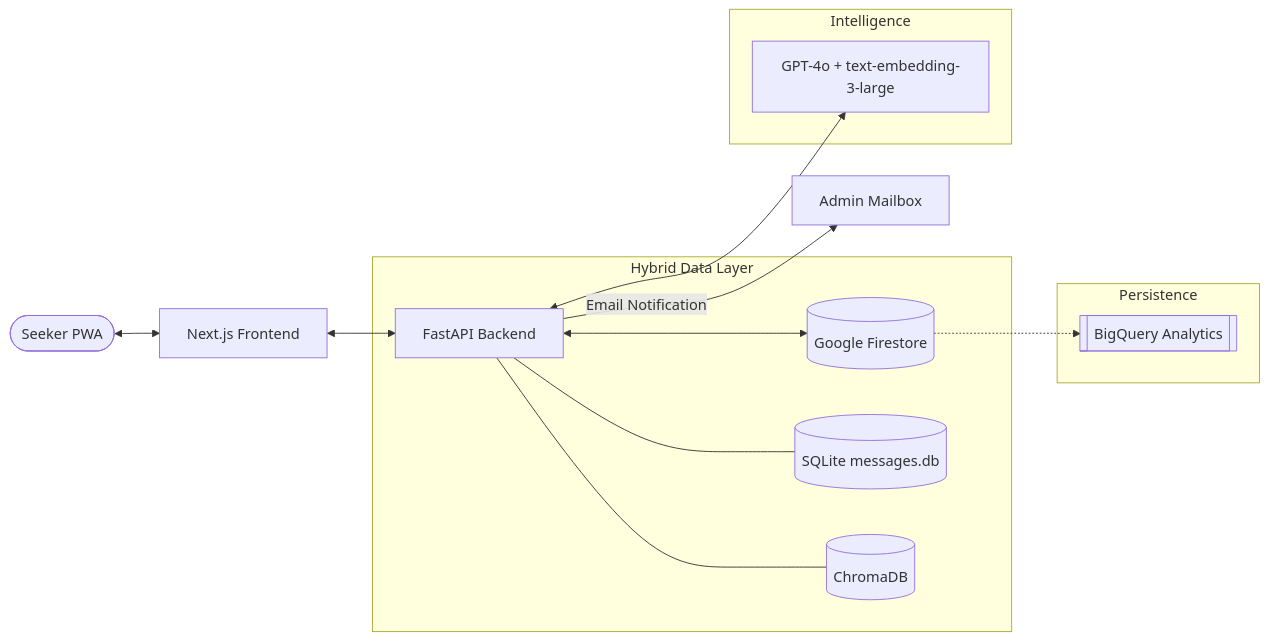
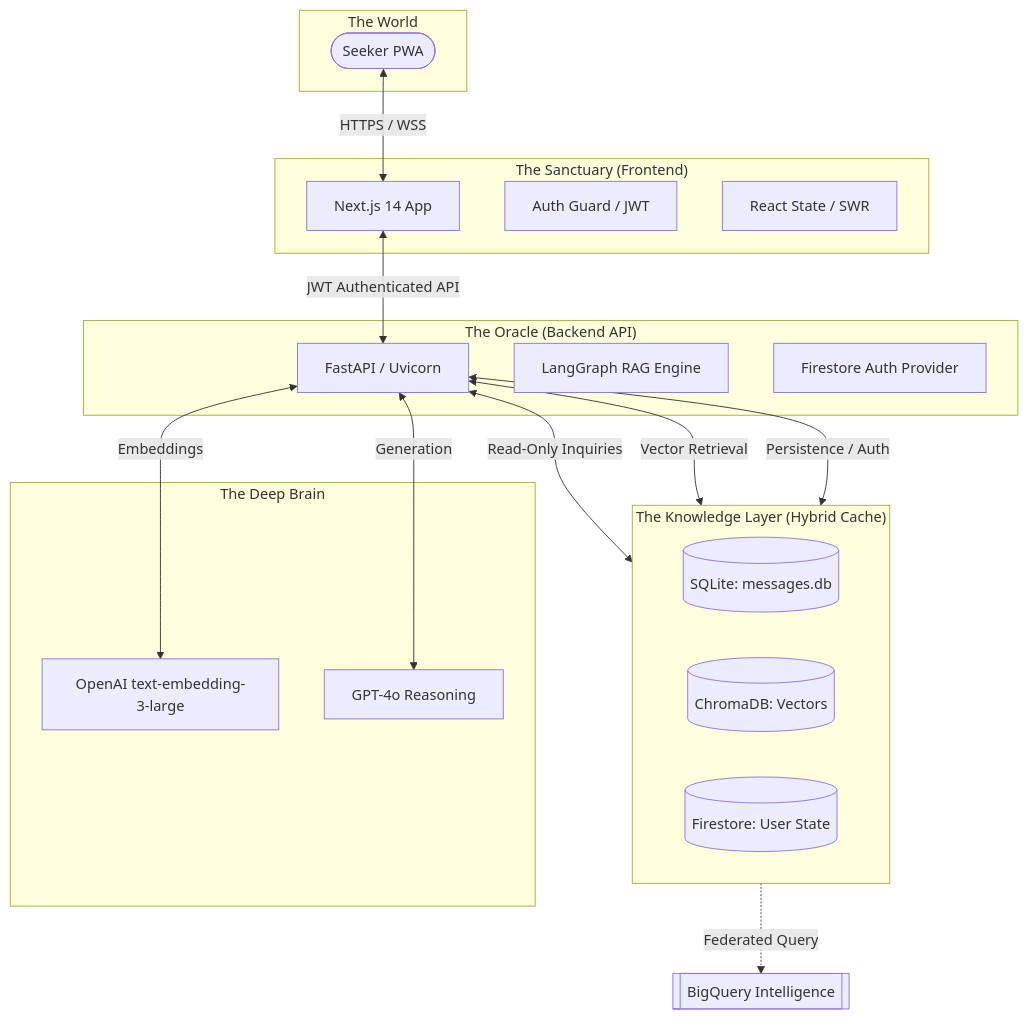
Before and after one commit to vaibhavd030/Heart_speaks: the diagram in README.md, drawn with Mermaid. The commit also changed other lines of this file, not shown here.

Commit message:
docs: elite README overhaul with premium branding and high-fidelity diagrams

````diff
--- a/README.md
+++ b/README.md
@@ -24,21 +49,39 @@
 ```mermaid
-graph LR
-    User([Seeker PWA]) <--> FE[Next.js Frontend]
-    FE <--> BE[FastAPI Backend]
-    
-    subgraph "Hybrid Data Layer"
-        BE <--> FS[(Google Firestore)]
-        BE --- SQ[(SQLite messages.db)]
-        BE --- CH[(ChromaDB)]
+graph TD
+    subgraph "The World"
+        Seeker([Seeker PWA])
     end
-    
-    subgraph "Intelligence"
-        BE <--> LLM[GPT-4o + text-embedding-3-large]
+
+    subgraph "The Sanctuary (Frontend)"
+        FE[Next.js 14 App]
+        AG[Auth Guard / JWT]
+        RS[React State / SWR]
     end
-    
-    subgraph "Persistence"
-        FS -.-> BQ[[BigQuery Analytics]]
+
+    subgraph "The Oracle (Backend API)"
+        BE[FastAPI / Uvicorn]
+        LG[LangGraph RAG Engine]
+        AUTH[Firestore Auth Provider]
     end
-    
-    BE -- "Email Notification" --> Admin[Admin Mailbox]
+
+    subgraph "The Knowledge Layer (Hybrid Cache)"
+        direction LR
+        SQ[(SQLite: messages.db)]
+        CH[(ChromaDB: Vectors)]
+        FS[(Firestore: User State)]
+    end
+
+    subgraph "The Deep Brain"
+        OA[OpenAI text-embedding-3-large]
+        GPT[GPT-4o Reasoning]
+    end
+
+    Seeker <-->|HTTPS / WSS| FE
+    FE <-->|JWT Authenticated API| BE
+    BE <-->|Read-Only Inquiries| SQ
+    BE <-->|Vector Retrieval| CH
+    BE <-->|Persistence / Auth| FS
+    BE <-->|Embeddings| OA
+    BE <-->|Generation| GPT
+    FS -.->|Federated Query| BQ[[BigQuery Intelligence]]
 ```
````
